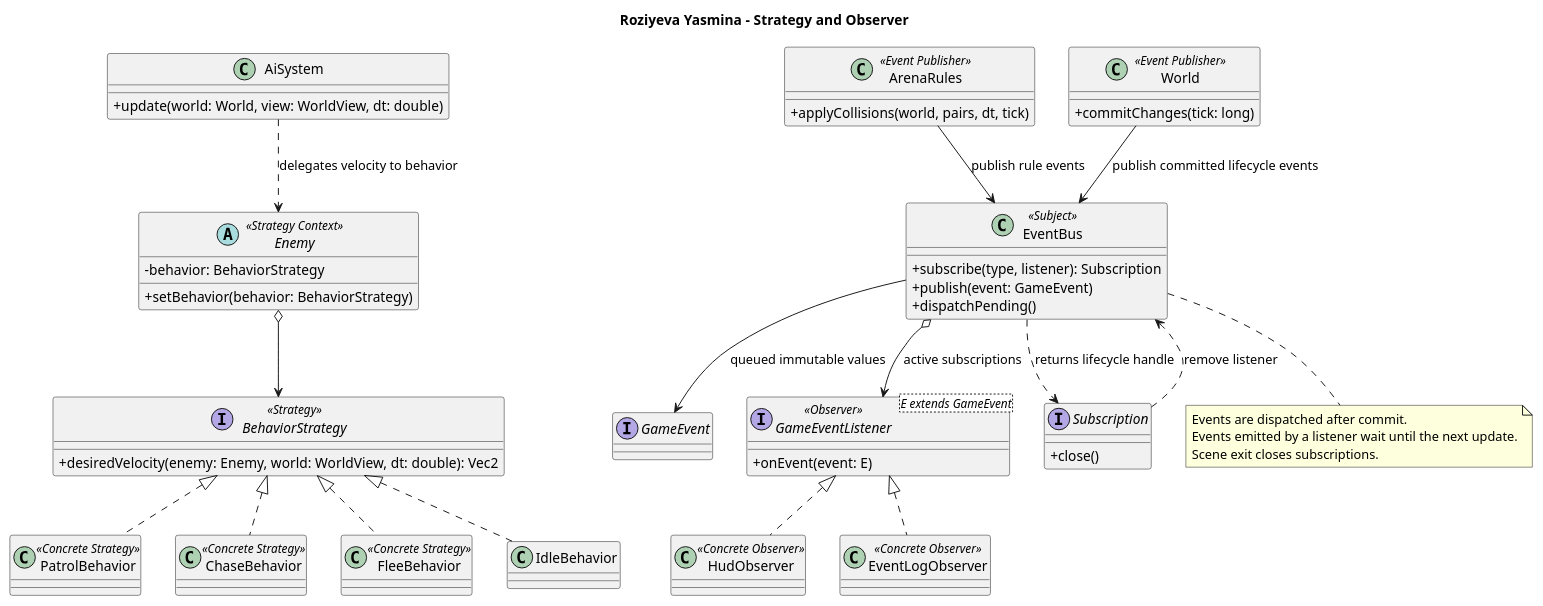
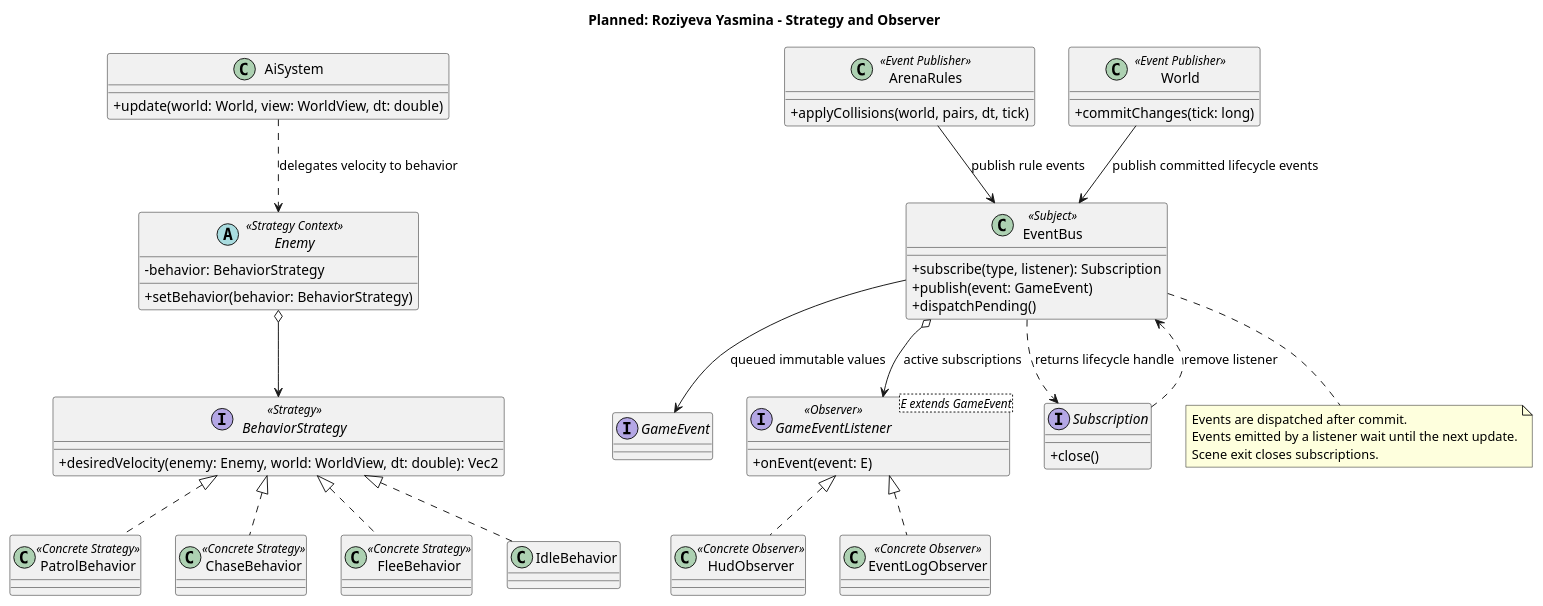
The diagram in docs/uml/behavior-patterns.puml (AlmazCode/JSE), drawn with PlantUML before and after one commit. The commit also changed 86 other files, not shown here.

```diff
--- a/docs/uml/behavior-patterns.puml
+++ b/docs/uml/behavior-patterns.puml
@@ -1,57 +1,57 @@
 @startuml
-title Roziyeva Yasmina - Strategy and Observer
+title Planned: Roziyeva Yasmina - Strategy and Observer
 skinparam classAttributeIconSize 0
 abstract class Enemy <<Strategy Context>> {
   - behavior: BehaviorStrategy
   + setBehavior(behavior: BehaviorStrategy)
 }
 interface BehaviorStrategy <<Strategy>> {
   + desiredVelocity(enemy: Enemy, world: WorldView, dt: double): Vec2
 }
 class PatrolBehavior <<Concrete Strategy>>
 class ChaseBehavior <<Concrete Strategy>>
 class FleeBehavior <<Concrete Strategy>>
 class IdleBehavior
 class AiSystem {
   + update(world: World, view: WorldView, dt: double)
 }
 class ArenaRules <<Event Publisher>> {
   + applyCollisions(world, pairs, dt, tick)
 }
 class World <<Event Publisher>> {
   + commitChanges(tick: long)
 }
 interface GameEvent
 class EventBus <<Subject>> {
   + subscribe(type, listener): Subscription
   + publish(event: GameEvent)
   + dispatchPending()
 }
 interface "GameEventListener<E extends GameEvent>" as Listener <<Observer>> {
   + onEvent(event: E)
 }
 interface Subscription {
   + close()
 }
 class HudObserver <<Concrete Observer>>
 class EventLogObserver <<Concrete Observer>>
 Enemy o--> BehaviorStrategy
 AiSystem ..> Enemy : delegates velocity to behavior
 BehaviorStrategy <|.. PatrolBehavior
 BehaviorStrategy <|.. ChaseBehavior
 BehaviorStrategy <|.. FleeBehavior
 BehaviorStrategy <|.. IdleBehavior
 ArenaRules --> EventBus : publish rule events
 World --> EventBus : publish committed lifecycle events
 EventBus --> GameEvent : queued immutable values
 EventBus o--> Listener : active subscriptions
 EventBus ..> Subscription : returns lifecycle handle
 Subscription ..> EventBus : remove listener
 Listener <|.. HudObserver
 Listener <|.. EventLogObserver
 note bottom of EventBus
 Events are dispatched after commit.
 Events emitted by a listener wait until the next update.
 Scene exit closes subscriptions.
 end note
 @enduml
```
